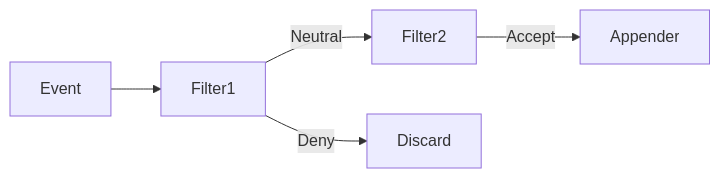
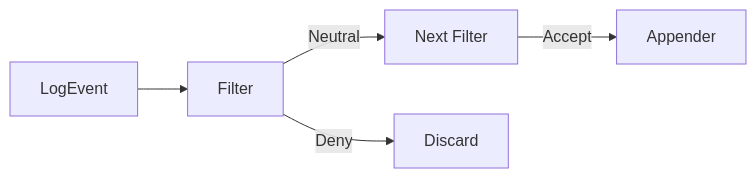
One commit to SwDA-Team07/AY-25-26-project changed the fourth of 4 diagrams in docs/design.md. Above: the diagram before and after it, drawn with Mermaid. The commit also changed other lines of this file and 2 other files, not shown here.

````diff
--- a/docs/design.md
+++ b/docs/design.md
@@ -215,7 +159,7 @@
 ```mermaid
 graph LR
-    Event --> Filter1
-    Filter1 -->|Neutral| Filter2
-    Filter2 -->|Accept| Appender
-    Filter1 -->|Deny| Discard
+    Event["LogEvent"] --> Filter1["Filter"]
+    Filter1 -->|Neutral| Filter2["Next Filter"]
+    Filter2 -->|Accept| Appender["Appender"]
+    Filter1 -->|Deny| Discard["Discard"]
 ```
````
